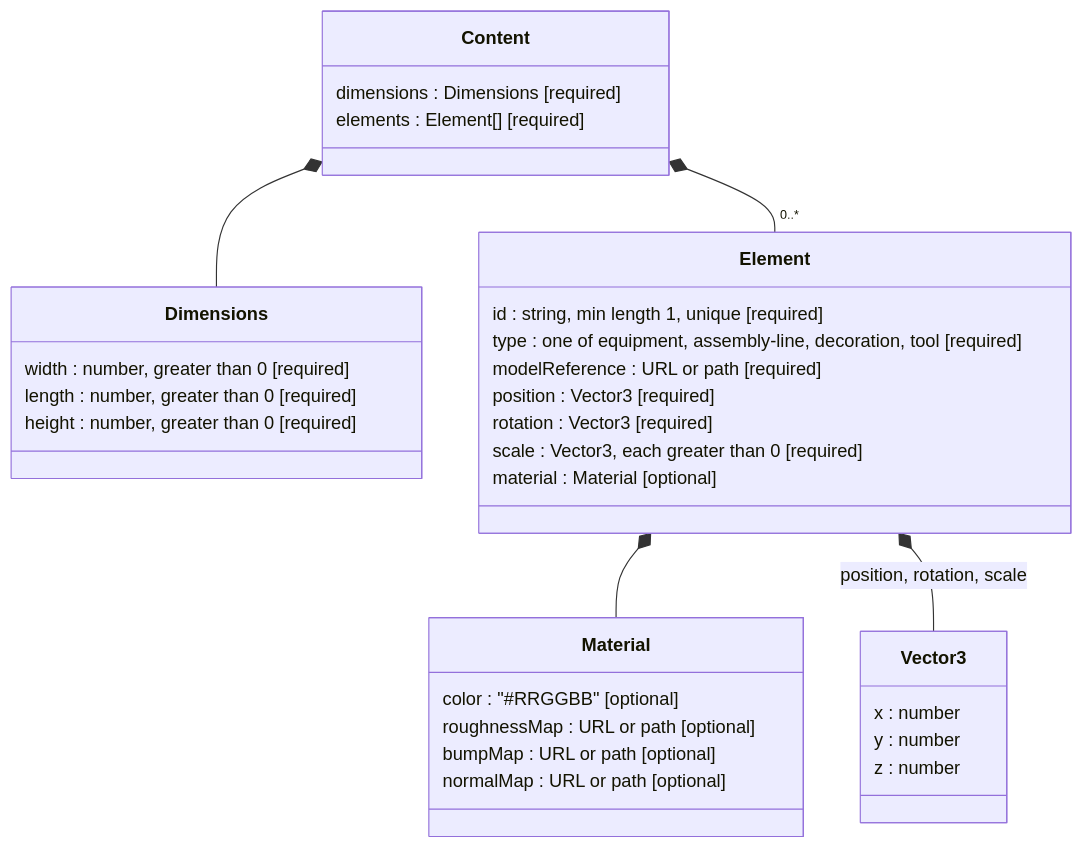
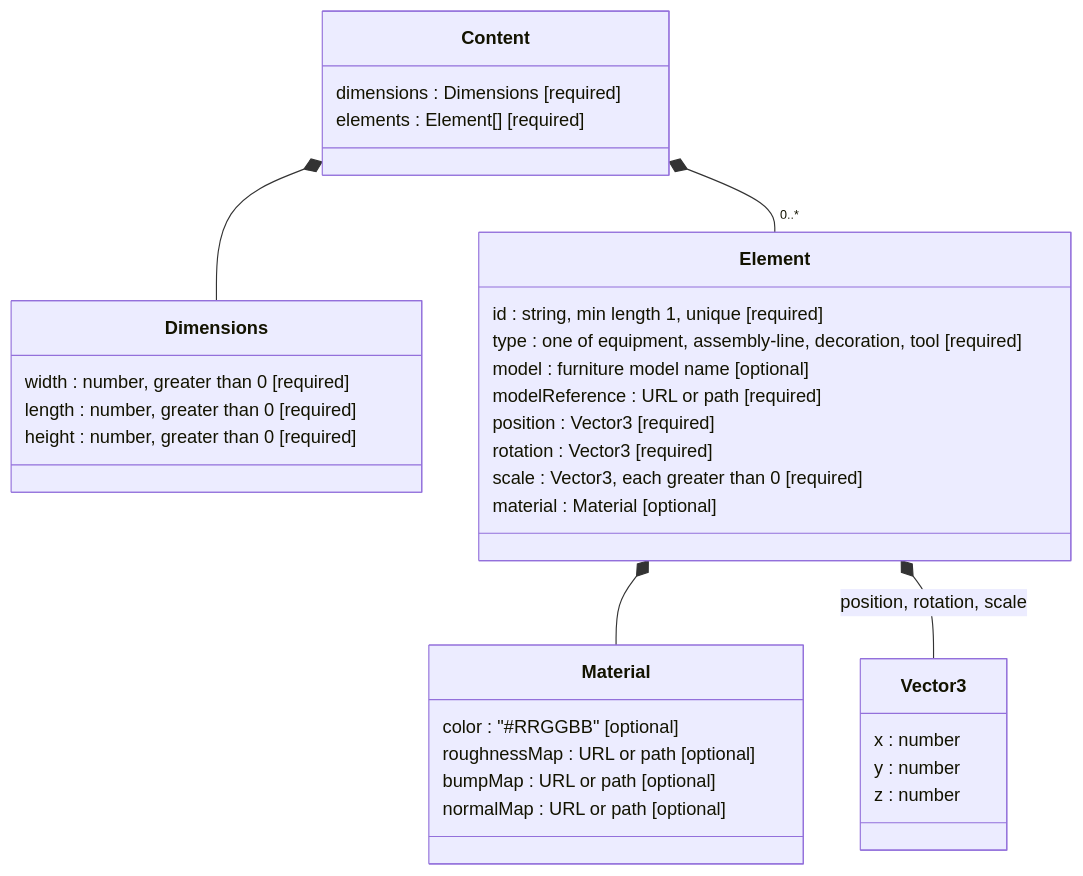
One commit to ivasduarte/laprizza changed the diagram in docs/flows/kitchen-configuration/kitchen-configuration-json-format.md. Above: the diagram before and after it, drawn with Mermaid. The commit also changed other lines of this file and 23 other files, not shown here.

````diff
--- a/docs/flows/kitchen-configuration/kitchen-configuration-json-format.md
+++ b/docs/flows/kitchen-configuration/kitchen-configuration-json-format.md
@@ -18,36 +18,37 @@
 ```mermaid
 classDiagram
     class Content {
         dimensions : Dimensions [required]
         elements : Element[] [required]
     }
     class Dimensions {
         width : number, greater than 0 [required]
         length : number, greater than 0 [required]
         height : number, greater than 0 [required]
     }
     class Element {
         id : string, min length 1, unique [required]
         type : one of equipment, assembly-line, decoration, tool [required]
+        model : furniture model name [optional]
         modelReference : URL or path [required]
         position : Vector3 [required]
         rotation : Vector3 [required]
         scale : Vector3, each greater than 0 [required]
         material : Material [optional]
     }
     class Material {
         color : "#RRGGBB" [optional]
         roughnessMap : URL or path [optional]
         bumpMap : URL or path [optional]
         normalMap : URL or path [optional]
     }
     class Vector3 {
         x : number
         y : number
         z : number
     }
     Content *-- Dimensions
     Content *-- "0..*" Element
     Element *-- Material
     Element *-- Vector3 : position, rotation, scale
 ```
````
